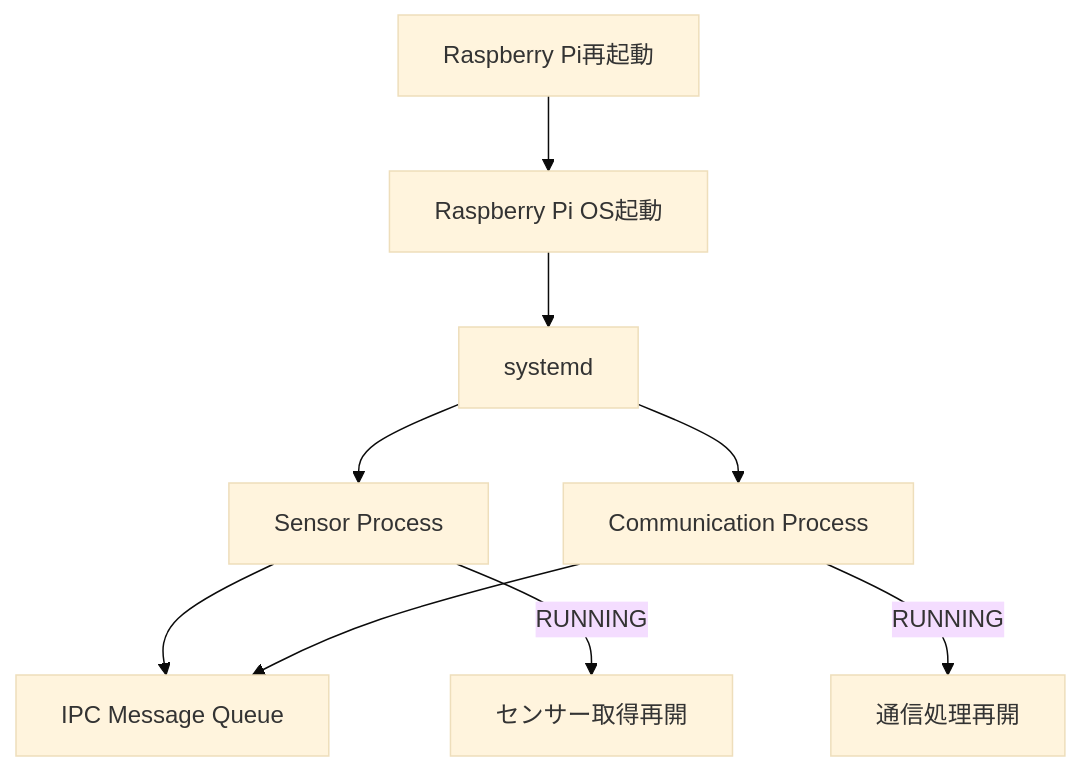
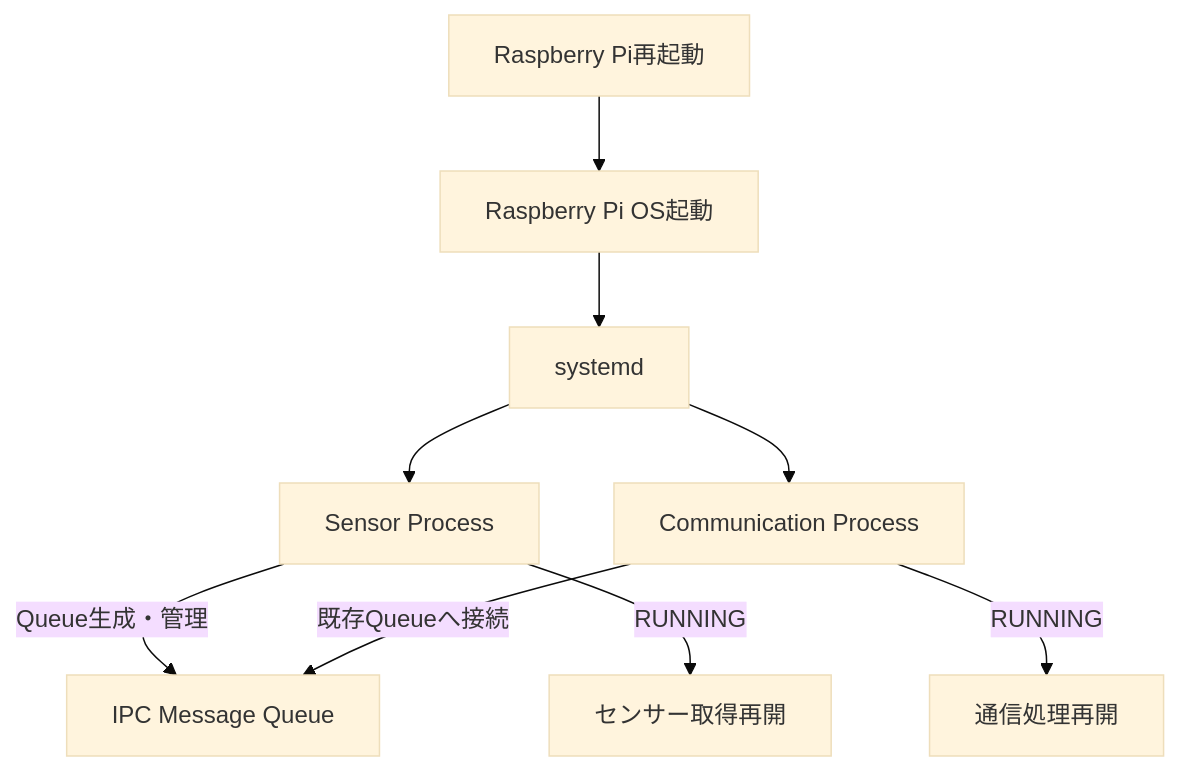
One commit to yujimasuda77777/Raspberry_Pi_4B_Edge_IoT_System changed the ninth of 15 diagrams in docs/06_system_management_security.md. Above: the diagram before and after it, drawn with Mermaid (base theme). The commit also changed other lines of this file and 1 other file, not shown here.

````diff
--- a/docs/06_system_management_security.md
+++ b/docs/06_system_management_security.md
@@ -468,21 +543,21 @@
 ```mermaid
 flowchart TB
     Reboot["Raspberry Pi再起動"]
     OS["Raspberry Pi OS起動"]
     Systemd["systemd"]
     Sensor["Sensor Process"]
     Comm["Communication Process"]
     IPC["IPC Message Queue"]
 
     Reboot --> OS
     OS --> Systemd
 
     Systemd --> Sensor
     Systemd --> Comm
 
-    Sensor --> IPC
-    Comm --> IPC
+    Sensor -->|Queue生成・管理| IPC
+    Comm -->|既存Queueへ接続| IPC
 
     Sensor -->|RUNNING| SensorRun["センサー取得再開"]
     Comm -->|RUNNING| CommRun["通信処理再開"]
 ```
````
